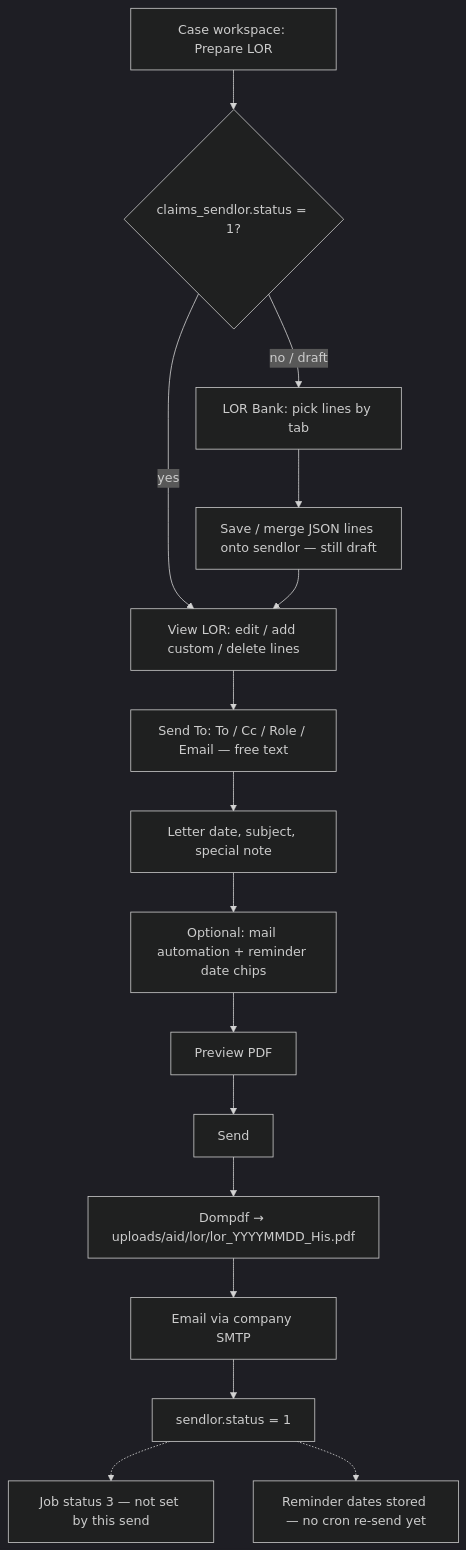
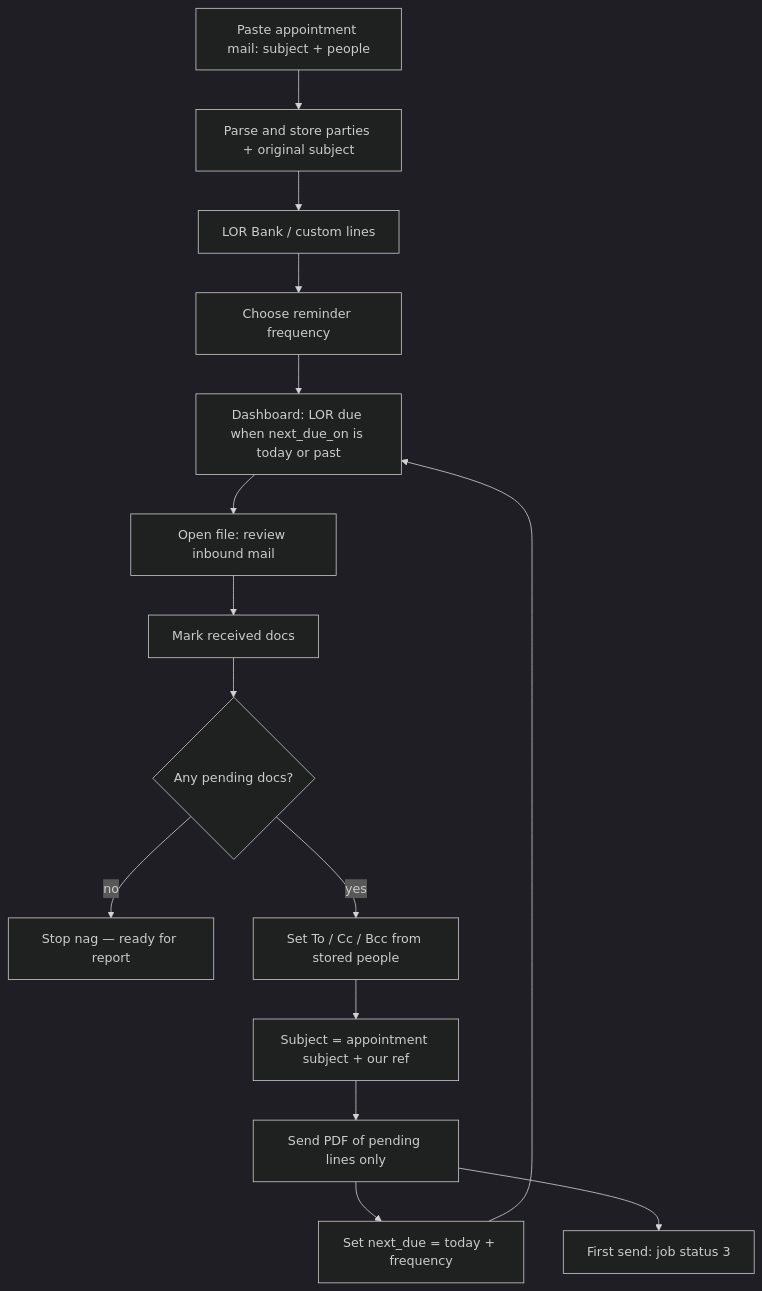
One commit to psinghalnoida/claimsmitra changed the second of 2 diagrams in docs/WORKFLOW.md. Above: the diagram before and after it, drawn with Mermaid (dark theme). The commit also changed other lines of this file and 12 other files, not shown here.

First line of the commit message:
Make LOR a review-then-send chase with dashboard reminders.

````diff
--- a/docs/WORKFLOW.md
+++ b/docs/WORKFLOW.md
@@ -136,34 +136,32 @@
 ```mermaid
 flowchart TD
-  open[Case workspace: Prepare LOR]
-  sentQ{claims_sendlor.status = 1?}
-  bank[LOR Bank: pick lines by tab]
-  merge[Save / merge JSON lines onto sendlor — still draft]
-  compose[View LOR: edit / add custom / delete lines]
-  recip[Send To: To / Cc / Role / Email — free text]
-  meta[Letter date, subject, special note]
-  auto[Optional: mail automation + reminder date chips]
-  preview[Preview PDF]
-  send[Send]
-  pdf[Dompdf → uploads/aid/lor/lor_YYYYMMDD_His.pdf]
-  smtp[Email via company SMTP]
-  row[sendlor.status = 1]
-  job[Job status 3 — not set by this send]
-  remind[Reminder dates stored — no cron re-send yet]
+  paste[Paste appointment mail: subject + people]
+  parse[Parse and store parties + original subject]
+  bank[LOR Bank / custom lines]
+  freq[Choose reminder frequency]
+  dash[Dashboard: LOR due when next_due_on is today or past]
+  review[Open file: review inbound mail]
+  mark[Mark received docs]
+  pending{Any pending docs?}
+  stop[Stop nag — ready for report]
+  tocc[Set To / Cc / Bcc from stored people]
+  subj[Subject = appointment subject + our ref]
+  send[Send PDF of pending lines only]
+  bump[Set next_due = today + frequency]
+  job3[First send: job status 3]
 
-  open --> sentQ
-  sentQ -->|yes| compose
-  sentQ -->|no / draft| bank
-  bank --> merge
-  merge --> compose
-  compose --> recip
-  recip --> meta
-  meta --> auto
-  auto --> preview
-  preview --> send
-  send --> pdf
-  pdf --> smtp
-  smtp --> row
-  row -.-> job
-  row -.-> remind
+  paste --> parse
+  parse --> bank
+  bank --> freq
+  freq --> dash
+  dash --> review
+  review --> mark
+  mark --> pending
+  pending -->|no| stop
+  pending -->|yes| tocc
+  tocc --> subj
+  subj --> send
+  send --> bump
+  send --> job3
+  bump --> dash
 ```
````
